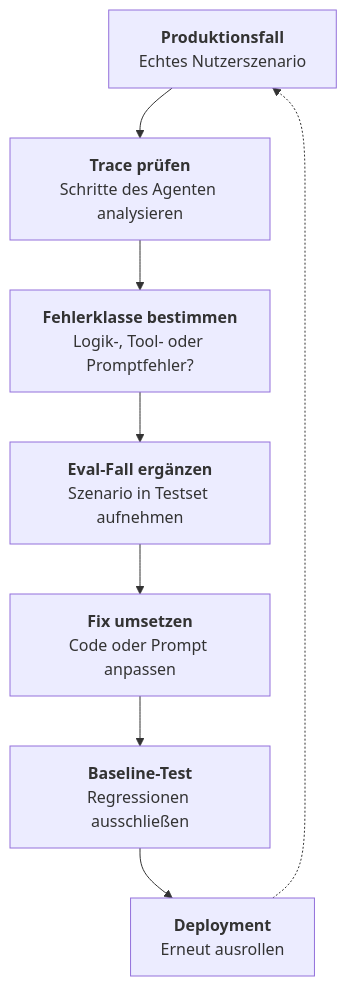
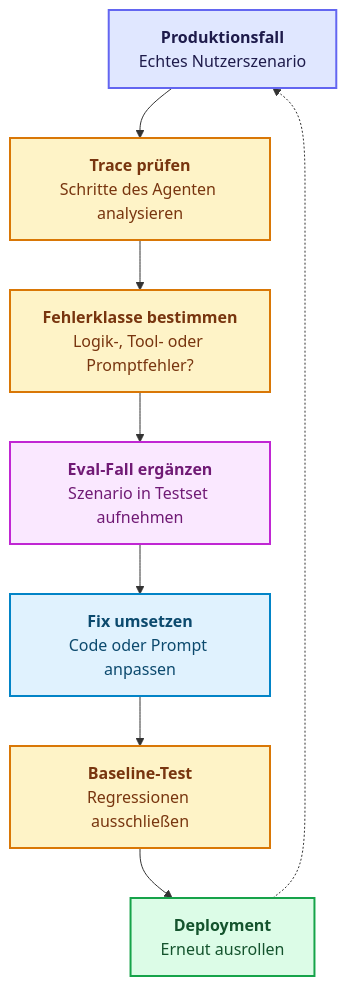
The third of 3 diagrams in docs/07-qualitaet-sicherheit/evaluation-observability.md (ralf-42/Agenten), drawn with Mermaid before and after one commit. The commit also changed other lines of this file and 18 other files, not shown here.

````diff
--- a/docs/07-qualitaet-sicherheit/evaluation-observability.md
+++ b/docs/07-qualitaet-sicherheit/evaluation-observability.md
@@ -261,12 +270,23 @@
 ```mermaid
 flowchart TD
     A["<b>Produktionsfall</b><br>Echtes Nutzerszenario"] --> B["<b>Trace prüfen</b><br>Schritte des Agenten analysieren"]
     B --> C["<b>Fehlerklasse bestimmen</b><br>Logik-, Tool- oder Promptfehler?"]
     C --> D["<b>Eval-Fall ergänzen</b><br>Szenario in Testset aufnehmen"]
     D --> E["<b>Fix umsetzen</b><br>Code oder Prompt anpassen"]
     E --> F["<b>Baseline-Test</b><br>Regressionen ausschließen"]
     F --> G["<b>Deployment</b><br>Erneut ausrollen"]
     
     %% Der Kreislauf zum nächsten Produktionsfall
     G -.-> A
+
+    classDef default fill:#e0f2fe,stroke:#0284c7,stroke-width:2px,color:#0c4a6e;
+    classDef input fill:#e0e7ff,stroke:#6366f1,stroke-width:2px,color:#1e1b4b;
+    classDef metric fill:#fef3c7,stroke:#d97706,stroke-width:2px,color:#78350f;
+    classDef output fill:#dcfce7,stroke:#16a34a,stroke-width:2px,color:#14532d;
+    classDef target fill:#fae8ff,stroke:#c026d3,stroke-width:2px,color:#701a75;
+
+    class A input;
+    class B,C,F metric;
+    class G output;
+    class D target;
 ```
````
